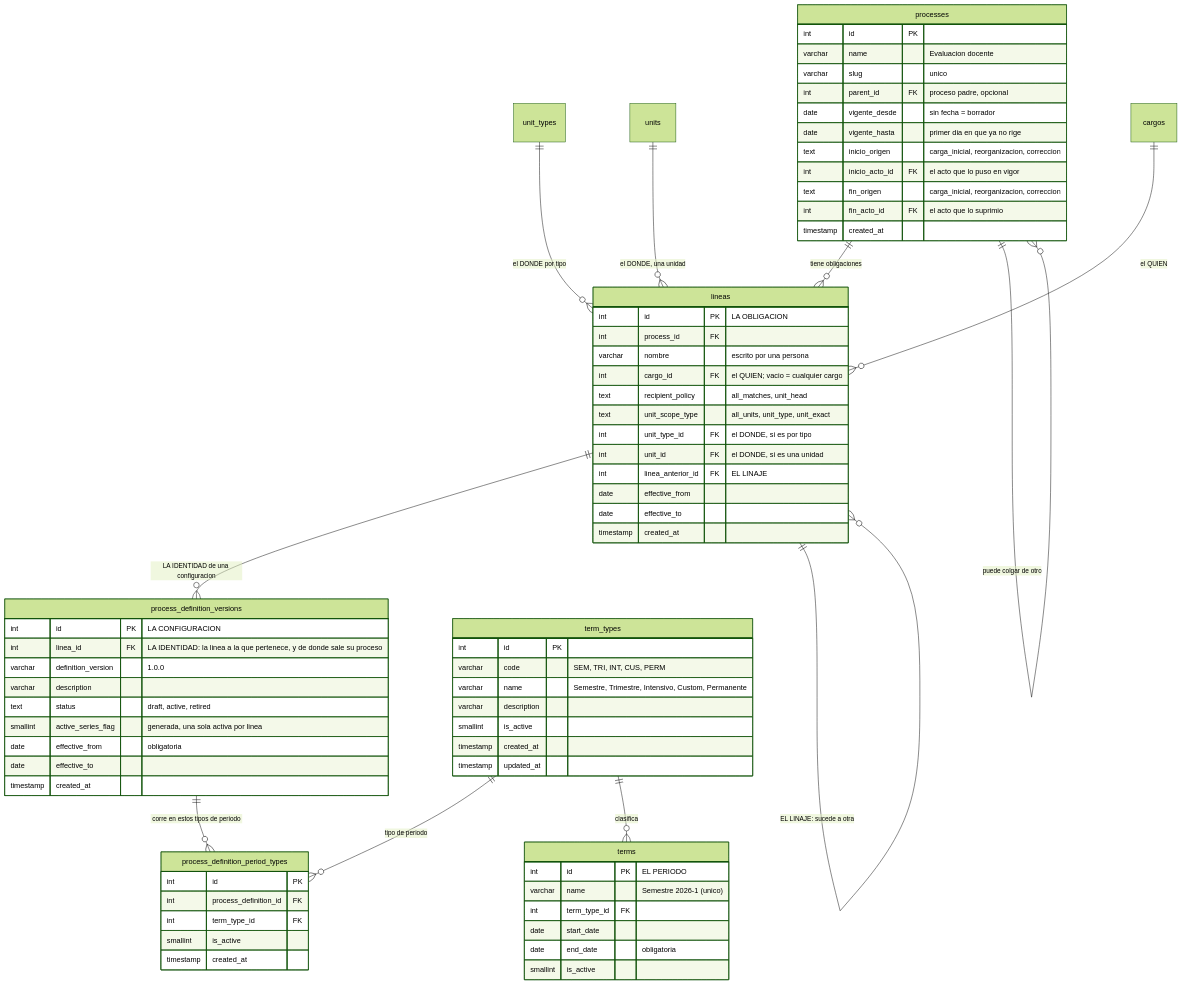
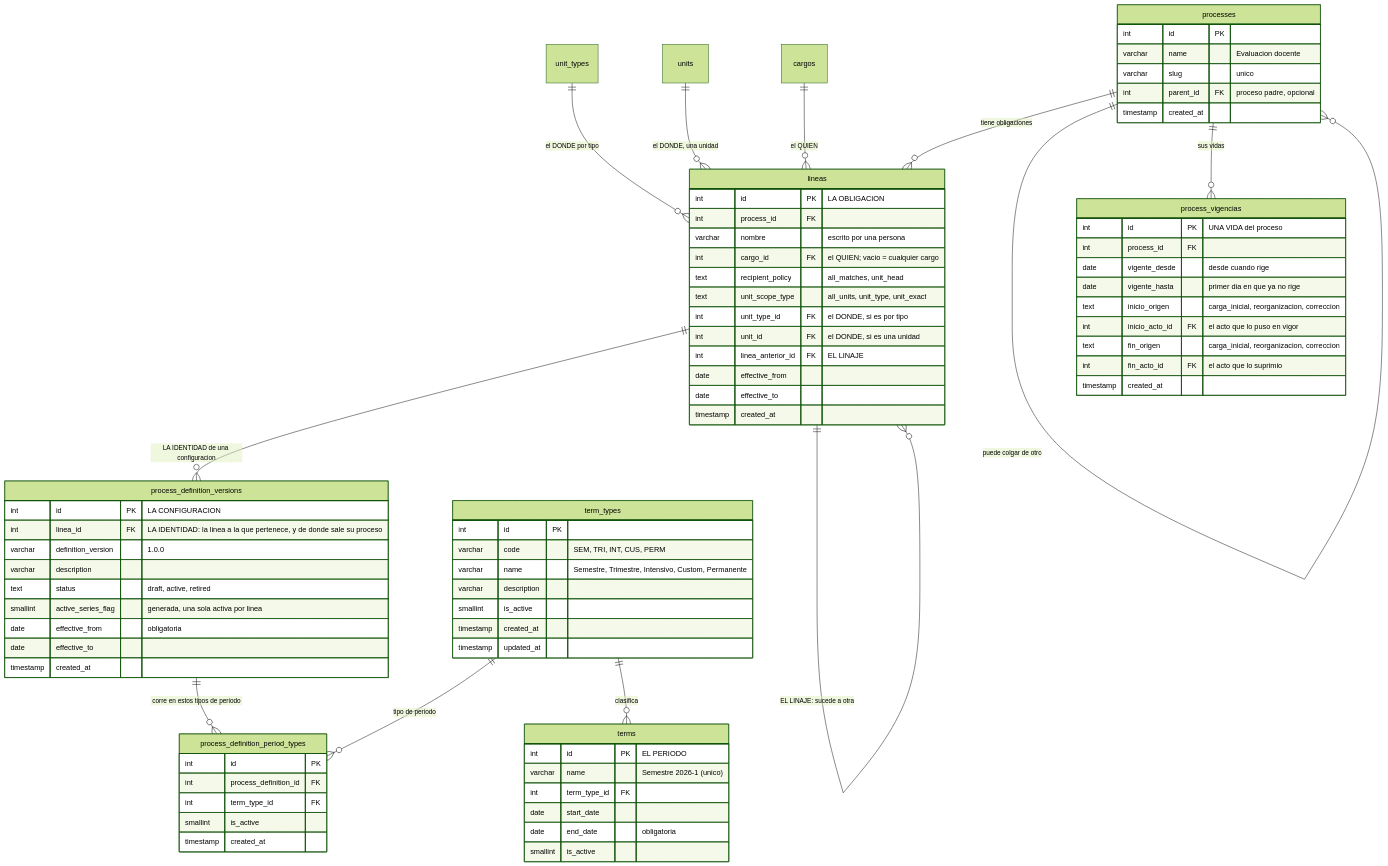
One commit to fresvel/deasy changed the diagram in docs/src/content/docs/modelo/proceso.md. Above: the diagram before and after it, drawn with Mermaid (forest theme). The commit also changed other lines of this file and 27 other files, not shown here.

First line of the commit message:
feat(modelo): un proceso tiene vidas: puede suprimirse y reactivarse, y su vigencia sale a una tabla de periodos

````diff
--- a/docs/src/content/docs/modelo/proceso.md
+++ b/docs/src/content/docs/modelo/proceso.md
@@ -197,76 +214,82 @@
 ```mermaid
 erDiagram
   processes ||--o{ lineas : "tiene obligaciones"
   processes ||--o{ processes : "puede colgar de otro"
+  processes ||--o{ process_vigencias : "sus vidas"
   lineas ||--o{ process_definition_versions : "LA IDENTIDAD de una configuracion"
   lineas ||--o{ lineas : "EL LINAJE: sucede a otra"
   unit_types ||--o{ lineas : "el DONDE por tipo"
   units ||--o{ lineas : "el DONDE, una unidad"
   cargos ||--o{ lineas : "el QUIEN"
   process_definition_versions ||--o{ process_definition_period_types : "corre en estos tipos de periodo"
   term_types ||--o{ process_definition_period_types : "tipo de periodo"
   term_types ||--o{ terms : "clasifica"
 
   processes {
     int id PK
     varchar name "Evaluacion docente"
     varchar slug "unico"
     int parent_id FK "proceso padre, opcional"
-    date vigente_desde "sin fecha = borrador"
+    timestamp created_at
+  }
+  process_vigencias {
+    int id PK "UNA VIDA del proceso"
+    int process_id FK
+    date vigente_desde "desde cuando rige"
     date vigente_hasta "primer dia en que ya no rige"
     text inicio_origen "carga_inicial, reorganizacion, correccion"
     int inicio_acto_id FK "el acto que lo puso en vigor"
     text fin_origen "carga_inicial, reorganizacion, correccion"
     int fin_acto_id FK "el acto que lo suprimio"
     timestamp created_at
   }
   lineas {
     int id PK "LA OBLIGACION"
     int process_id FK
     varchar nombre "escrito por una persona"
     int cargo_id FK "el QUIEN; vacio = cualquier cargo"
     text recipient_policy "all_matches, unit_head"
     text unit_scope_type "all_units, unit_type, unit_exact"
     int unit_type_id FK "el DONDE, si es por tipo"
     int unit_id FK "el DONDE, si es una unidad"
     int linea_anterior_id FK "EL LINAJE"
     date effective_from
     date effective_to
     timestamp created_at
   }
   process_definition_versions {
     int id PK "LA CONFIGURACION"
     int linea_id FK "LA IDENTIDAD: la linea a la que pertenece, y de donde sale su proceso"
     varchar definition_version "1.0.0"
     varchar description
     text status "draft, active, retired"
     smallint active_series_flag "generada, una sola activa por linea"
     date effective_from "obligatoria"
     date effective_to
     timestamp created_at
   }
   process_definition_period_types {
     int id PK
     int process_definition_id FK
     int term_type_id FK
     smallint is_active
     timestamp created_at
   }
   term_types {
     int id PK
     varchar code "SEM, TRI, INT, CUS, PERM"
     varchar name "Semestre, Trimestre, Intensivo, Custom, Permanente"
     varchar description
     smallint is_active
     timestamp created_at
     timestamp updated_at
   }
   terms {
     int id PK "EL PERIODO"
     varchar name "Semestre 2026-1 (unico)"
     int term_type_id FK
     date start_date
     date end_date "obligatoria"
     smallint is_active
   }
 ```
````
